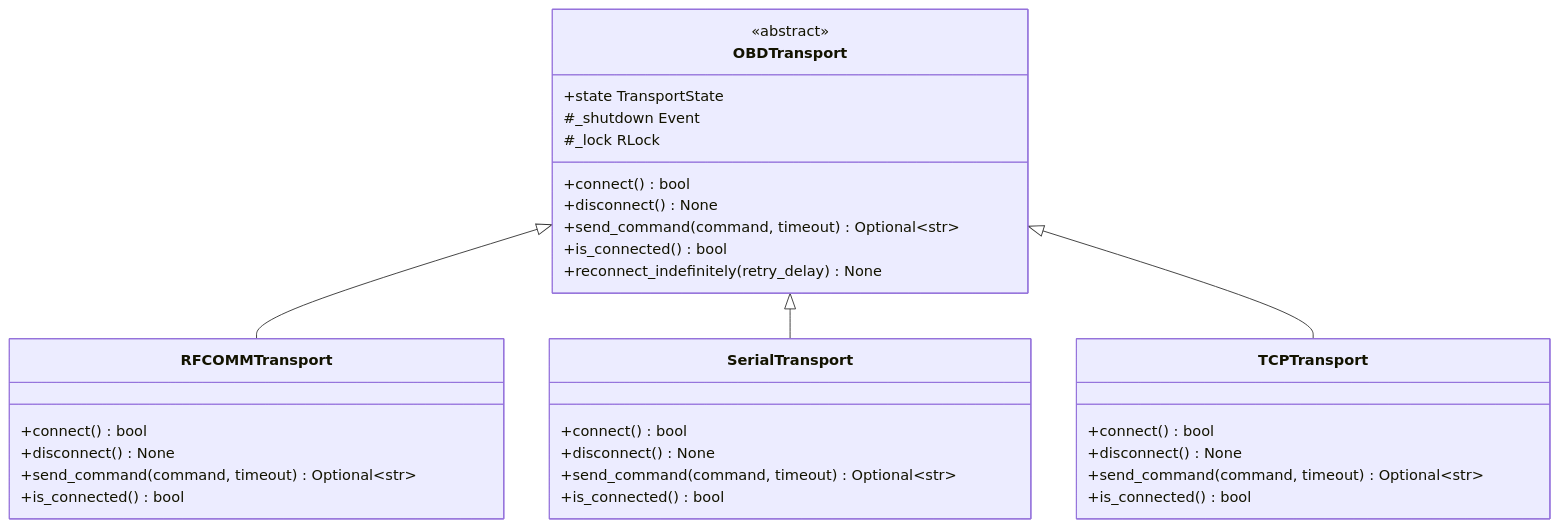
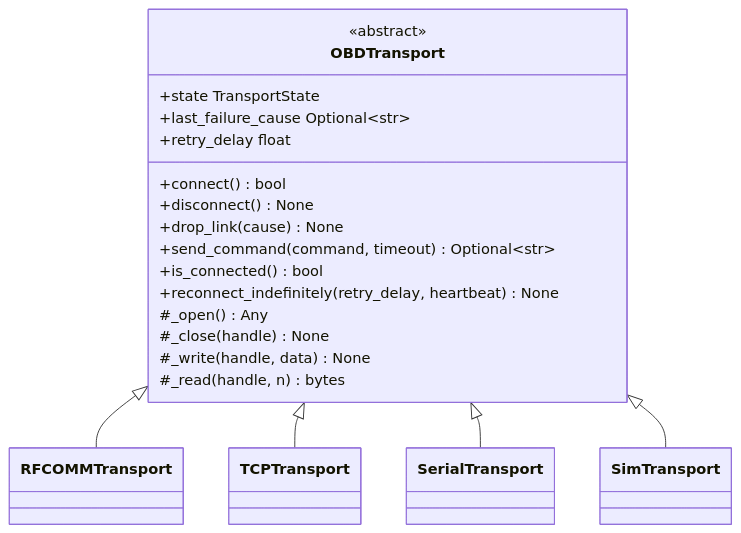
One commit to William12556/GTach changed the first of 2 diagrams in ai/workspace/design/design-b1c2d3e4-component_comm_transport.md. Above: the diagram before and after it, drawn with Mermaid. The commit also changed other lines of this file and 13 other files, not shown here.

````diff
--- a/ai/workspace/design/design-b1c2d3e4-component_comm_transport.md
+++ b/ai/workspace/design/design-b1c2d3e4-component_comm_transport.md
@@ -291,35 +220,23 @@
 ```mermaid
 classDiagram
     class OBDTransport {
         <<abstract>>
         +connect() bool
         +disconnect() None
+        +drop_link(cause) None
         +send_command(command, timeout) Optional~str~
         +is_connected() bool
+        +reconnect_indefinitely(retry_delay, heartbeat) None
         +state TransportState
-        +reconnect_indefinitely(retry_delay) None
-        #_shutdown Event
-        #_lock RLock
-    }
-    class RFCOMMTransport {
-        +connect() bool
-        +disconnect() None
-        +send_command(command, timeout) Optional~str~
-        +is_connected() bool
-    }
-    class SerialTransport {
-        +connect() bool
-        +disconnect() None
-        +send_command(command, timeout) Optional~str~
-        +is_connected() bool
-    }
-    class TCPTransport {
-        +connect() bool
-        +disconnect() None
-        +send_command(command, timeout) Optional~str~
-        +is_connected() bool
+        +last_failure_cause Optional~str~
+        +retry_delay float
+        #_open() Any
+        #_close(handle) None
+        #_write(handle, data) None
+        #_read(handle, n) bytes
     }
     OBDTransport <|-- RFCOMMTransport
+    OBDTransport <|-- TCPTransport
     OBDTransport <|-- SerialTransport
-    OBDTransport <|-- TCPTransport
+    OBDTransport <|-- SimTransport
 ```
````
